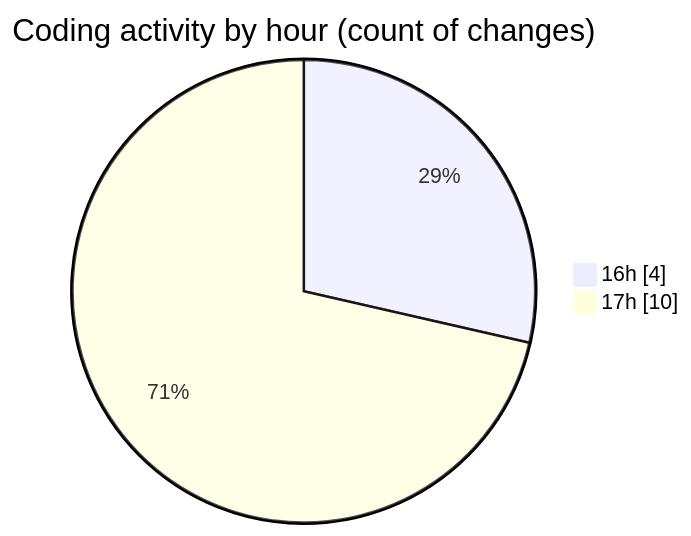
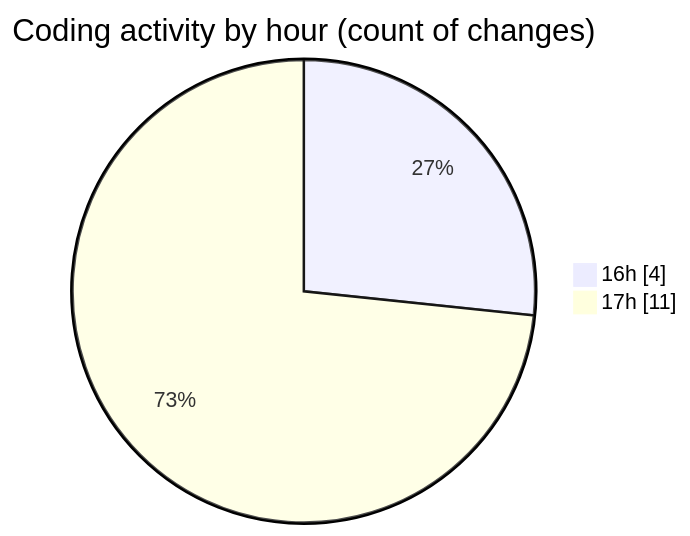
The second of 2 diagrams in 2025-03-13/lumine-web/README.md (robertbonfada/code-tracking), drawn with Mermaid before and after one commit. The commit also changed other lines of this file and 1 other file, not shown here.

````diff
--- a/2025-03-13/lumine-web/README.md
+++ b/2025-03-13/lumine-web/README.md
@@ -32,6 +33,6 @@
 ```mermaid
 pie showData
 title Coding activity by hour (count of changes)
 "16h" : 4
-"17h" : 10
+"17h" : 11
 ```
````
